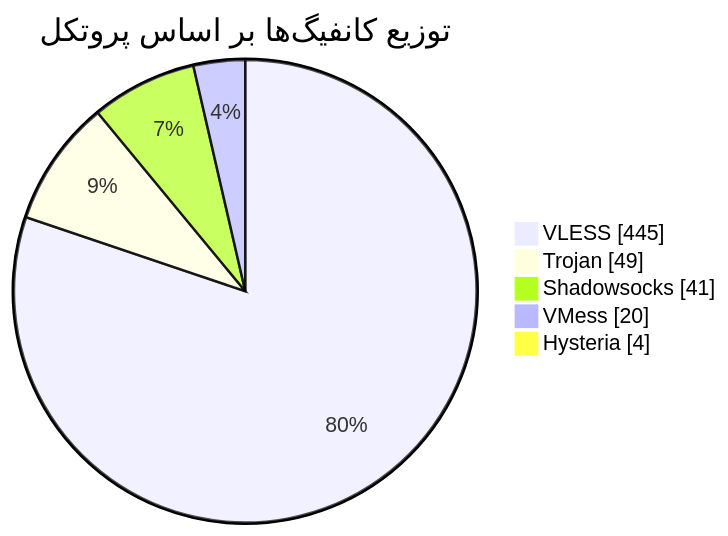
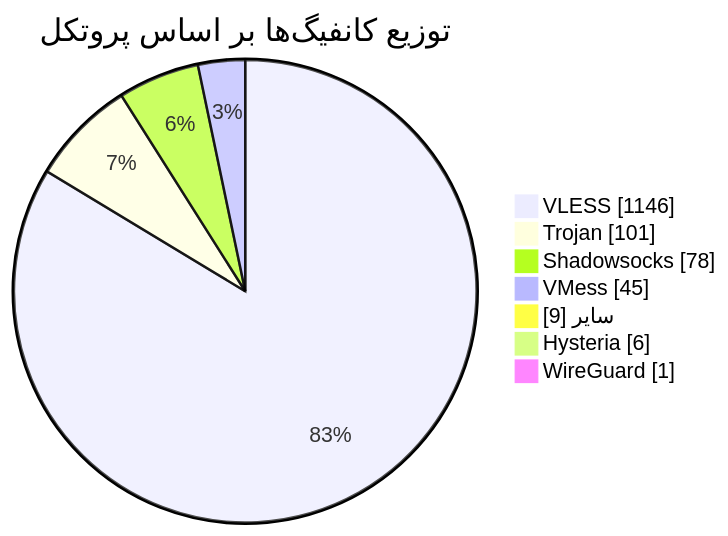
Before and after one commit to Arian-Alijani/Somthing: the diagram in README.md, drawn with Mermaid. The commit also changed other lines of this file and 117 other files, not shown here.

````diff
--- a/README.md
+++ b/README.md
@@ -47,9 +49,11 @@
 ```mermaid
 pie showData
     title توزیع کانفیگ‌ها بر اساس پروتکل
-    "VLESS" : 445
-    "Trojan" : 49
-    "Shadowsocks" : 41
-    "VMess" : 20
-    "Hysteria" : 4
+    "VLESS" : 1146
+    "Trojan" : 101
+    "Shadowsocks" : 78
+    "VMess" : 45
+    "سایر" : 9
+    "Hysteria" : 6
+    "WireGuard" : 1
 ```
````
